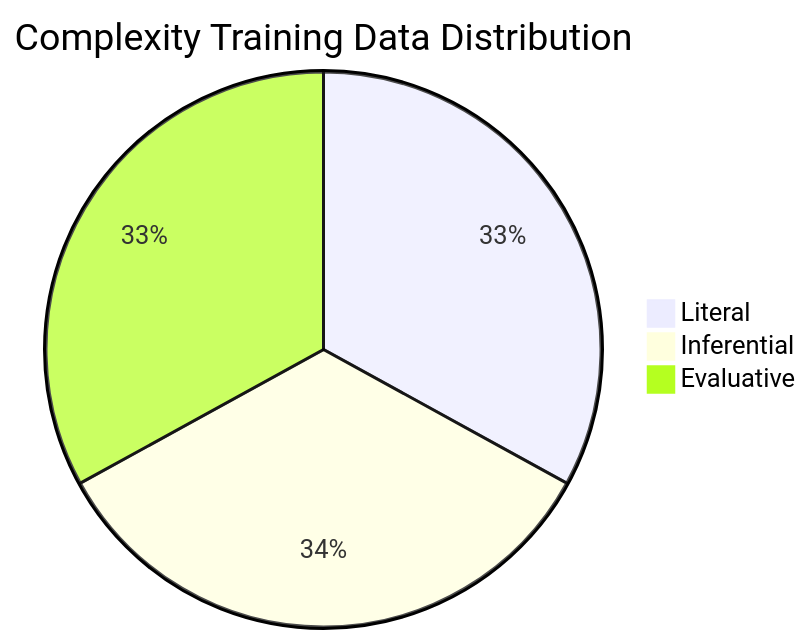
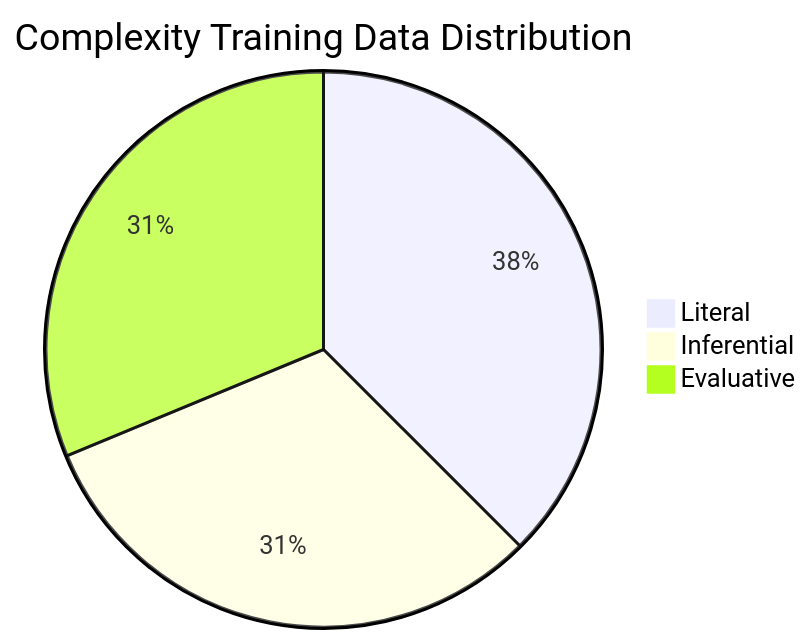
Before and after one commit to ianxroy/readtrack: the second of 2 diagrams in defense-member2-data.md, drawn with Mermaid. The commit also changed other lines of this file and 9 other files, not shown here.

````diff
--- a/defense-member2-data.md
+++ b/defense-member2-data.md
@@ -91,6 +91,6 @@
 ```mermaid
 pie title Complexity Training Data Distribution
-    "Literal" : 33
-    "Inferential" : 34
-    "Evaluative" : 33
+    "Literal" : 24
+    "Inferential" : 20
+    "Evaluative" : 20
 ```
````
